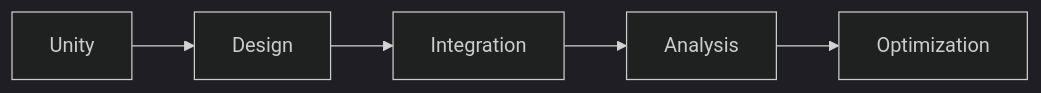
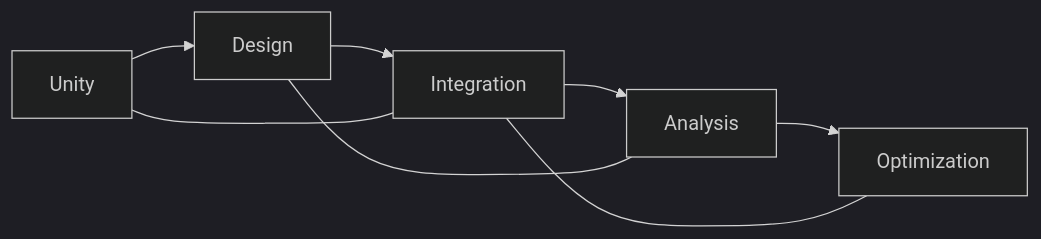
One commit to docxology/School_of_Tomorrow changed the fourth of 6 diagrams in formalisms/numbers/1.md. Above: the diagram before and after it, drawn with Mermaid (dark theme). The commit also changed other lines of this file and 9311 other files, not shown here.

````diff
--- a/formalisms/numbers/1.md
+++ b/formalisms/numbers/1.md
@@ -153,7 +159,11 @@
 ```mermaid
 graph LR
     A[Unity] --> B[Design]
     B --> C[Integration]
     C --> D[Analysis]
     D --> E[Optimization]
+    
+    B --- D
+    C --- E
+    A --- C
 ```
````
